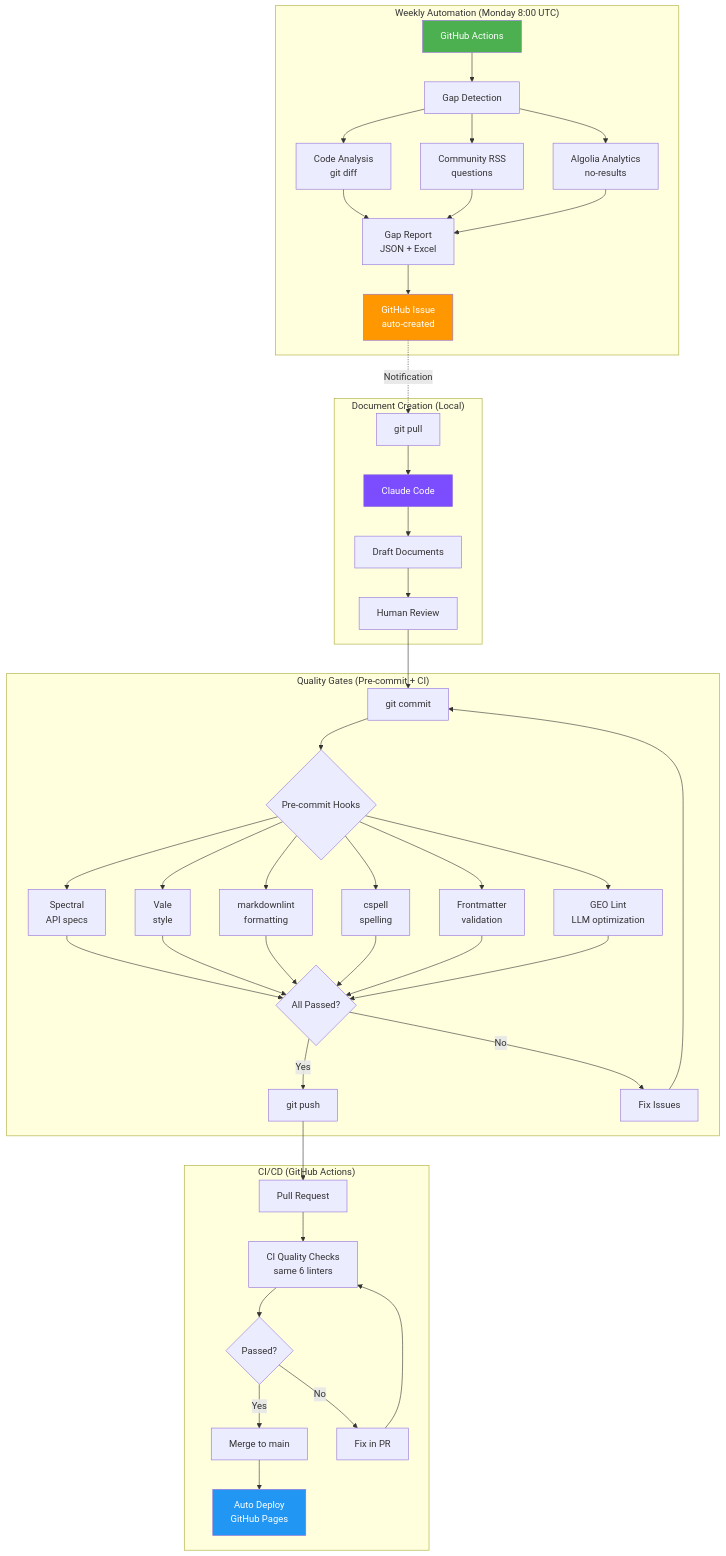
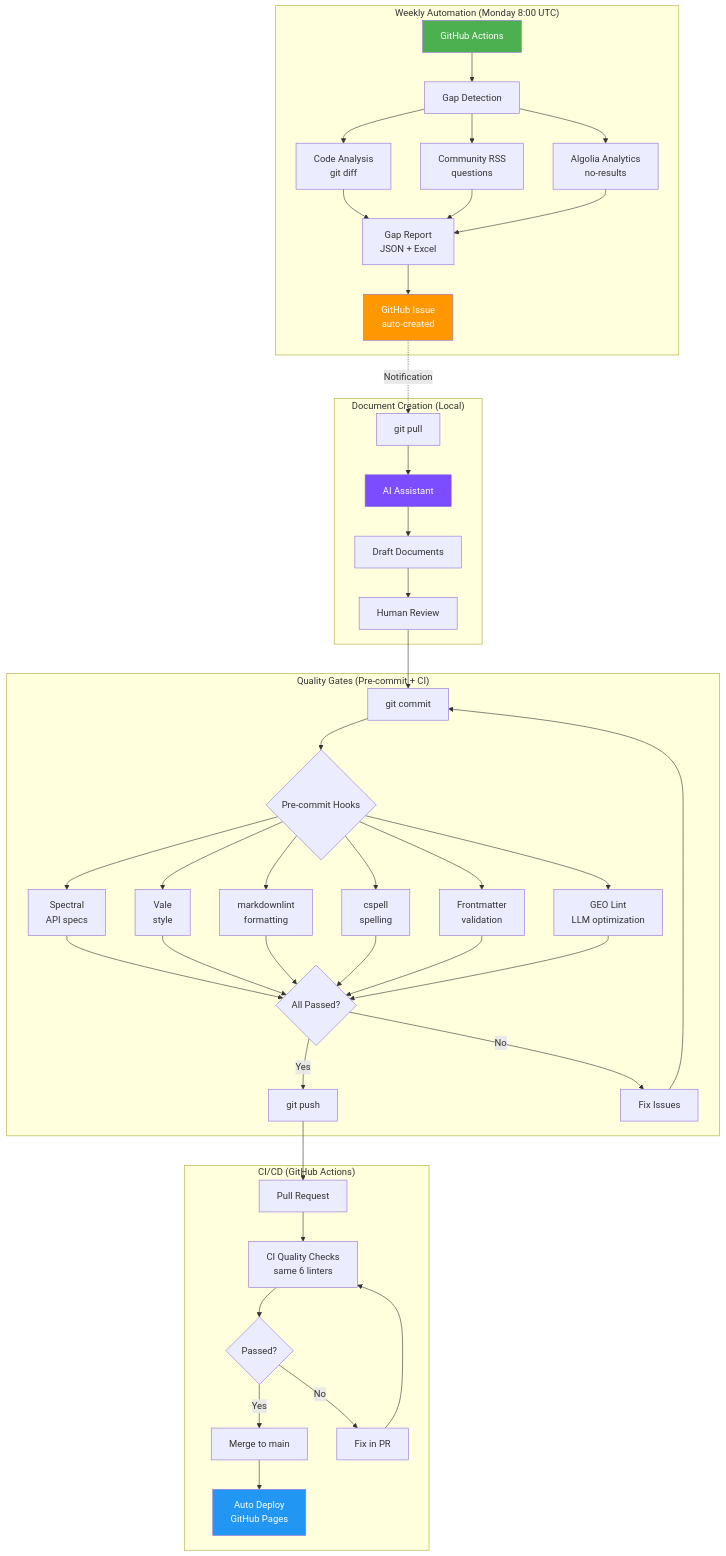
Before and after one commit to YevheniiaDolska/automated-docs-pipeline: the diagram in README.md, drawn with Mermaid. The commit also changed other lines of this file and 38 other files, not shown here.

````diff
--- a/README.md
+++ b/README.md
@@ -7,49 +7,49 @@
 ```mermaid
 flowchart TB
     subgraph "Weekly Automation (Monday 8:00 UTC)"
         A[GitHub Actions] --> B[Gap Detection]
         B --> C1[Code Analysis<br/>git diff]
         B --> C2[Community RSS<br/>questions]
         B --> C3[Algolia Analytics<br/>no-results]
         C1 & C2 & C3 --> D[Gap Report<br/>JSON + Excel]
         D --> E[GitHub Issue<br/>auto-created]
     end
 
     subgraph "Document Creation (Local)"
-        F[git pull] --> G[Claude Code]
+        F[git pull] --> G[AI Assistant]
         G --> H[Draft Documents]
         H --> I[Human Review]
     end
 
     subgraph "Quality Gates (Pre-commit + CI)"
         I --> J[git commit]
         J --> K{Pre-commit Hooks}
         K --> L1[Spectral<br/>API specs]
         K --> L2[Vale<br/>style]
         K --> L3[markdownlint<br/>formatting]
         K --> L4[cspell<br/>spelling]
         K --> L5[Frontmatter<br/>validation]
         K --> L6[GEO Lint<br/>LLM optimization]
         L1 & L2 & L3 & L4 & L5 & L6 --> M{All Passed?}
         M -->|Yes| N[git push]
         M -->|No| O[Fix Issues]
         O --> J
     end
 
     subgraph "CI/CD (GitHub Actions)"
         N --> P[Pull Request]
         P --> Q[CI Quality Checks<br/>same 6 linters]
         Q --> R{Passed?}
         R -->|Yes| S[Merge to main]
         R -->|No| T[Fix in PR]
         T --> Q
         S --> U[Auto Deploy<br/>GitHub Pages]
     end
 
     E -.->|"Notification"| F
 
     style A fill:#4CAF50,color:#fff
     style G fill:#7C4DFF,color:#fff
     style U fill:#2196F3,color:#fff
     style E fill:#FF9800,color:#fff
 ```
````
